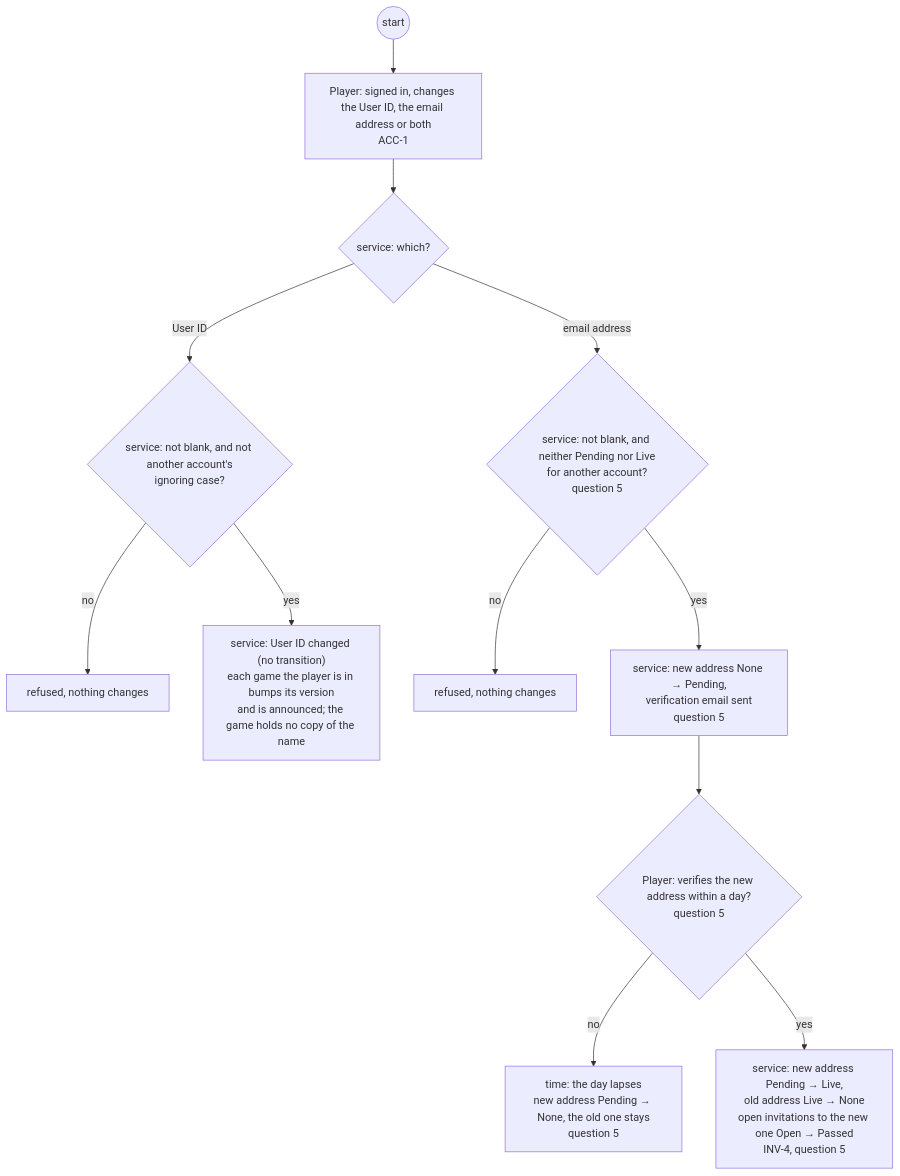
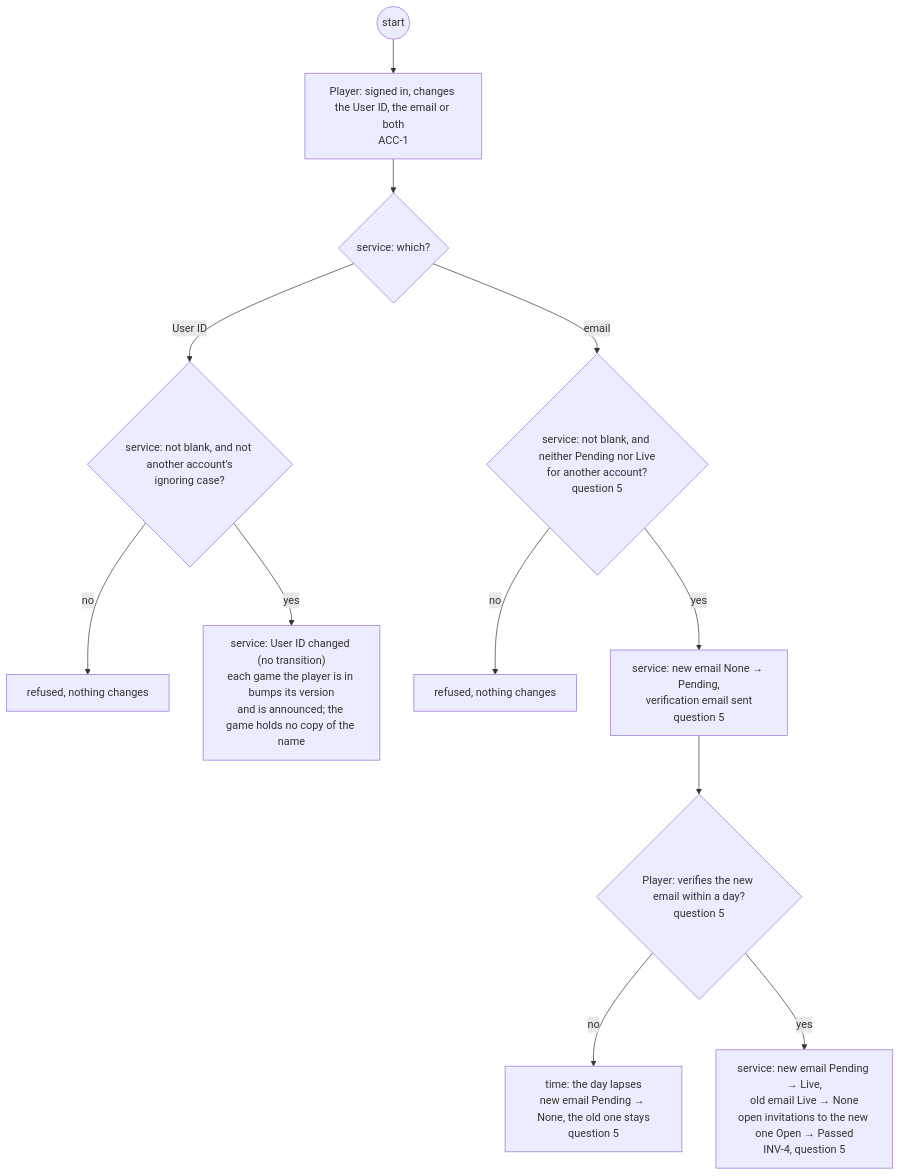
Before and after one commit to delphside/programme: the fourth of 29 diagrams in docs/changes/workstreams/application-game-architecture/71-one-game-model/71-functional.md, drawn with Mermaid. The commit also changed other lines of this file, not shown here.

First line of the commit message:
app 0.9.2 api 2.16: 71: "email" rather than "address" or "email address"

````diff
--- a/docs/changes/workstreams/application-game-architecture/71-one-game-model/71-functional.md
+++ b/docs/changes/workstreams/application-game-architecture/71-one-game-model/71-functional.md
@@ -128,14 +128,14 @@
 ```mermaid
 flowchart TD
-  s0((start)) --> p1["Player: signed in, changes the User ID, the email address or both<br/>ACC-1"]
+  s0((start)) --> p1["Player: signed in, changes the User ID, the email or both<br/>ACC-1"]
   p1 --> d0{"service: which?"}
   d0 -- "User ID" --> v1{"service: not blank, and not another account's<br/>ignoring case?"}
   v1 -- no --> r1["refused, nothing changes"]
   v1 -- yes --> t1["service: User ID changed (no transition)<br/>each game the player is in bumps its version<br/>and is announced; the game holds no copy of the name"]
-  d0 -- "email address" --> v2{"service: not blank, and neither Pending nor Live<br/>for another account?<br/>question 5"}
+  d0 -- "email" --> v2{"service: not blank, and neither Pending nor Live<br/>for another account?<br/>question 5"}
   v2 -- no --> r2["refused, nothing changes"]
-  v2 -- yes --> t2["service: new address None → Pending,<br/>verification email sent<br/>question 5"]
-  t2 --> d1{"Player: verifies the new address within a day?<br/>question 5"}
-  d1 -- no --> t3["time: the day lapses<br/>new address Pending → None, the old one stays<br/>question 5"]
-  d1 -- yes --> t4["service: new address Pending → Live,<br/>old address Live → None<br/>open invitations to the new one Open → Passed<br/>INV-4, question 5"]
+  v2 -- yes --> t2["service: new email None → Pending,<br/>verification email sent<br/>question 5"]
+  t2 --> d1{"Player: verifies the new email within a day?<br/>question 5"}
+  d1 -- no --> t3["time: the day lapses<br/>new email Pending → None, the old one stays<br/>question 5"]
+  d1 -- yes --> t4["service: new email Pending → Live,<br/>old email Live → None<br/>open invitations to the new one Open → Passed<br/>INV-4, question 5"]
 ```
````
